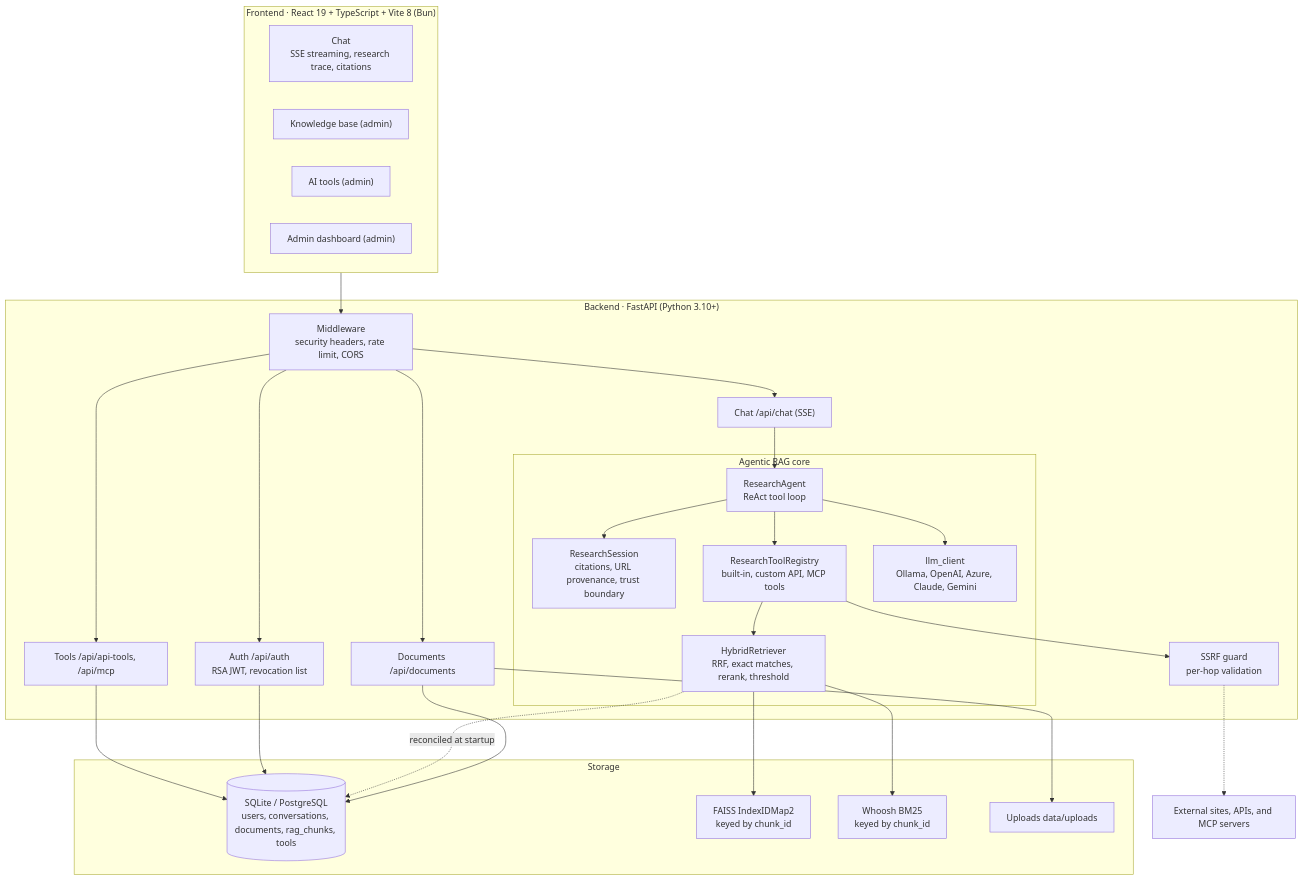
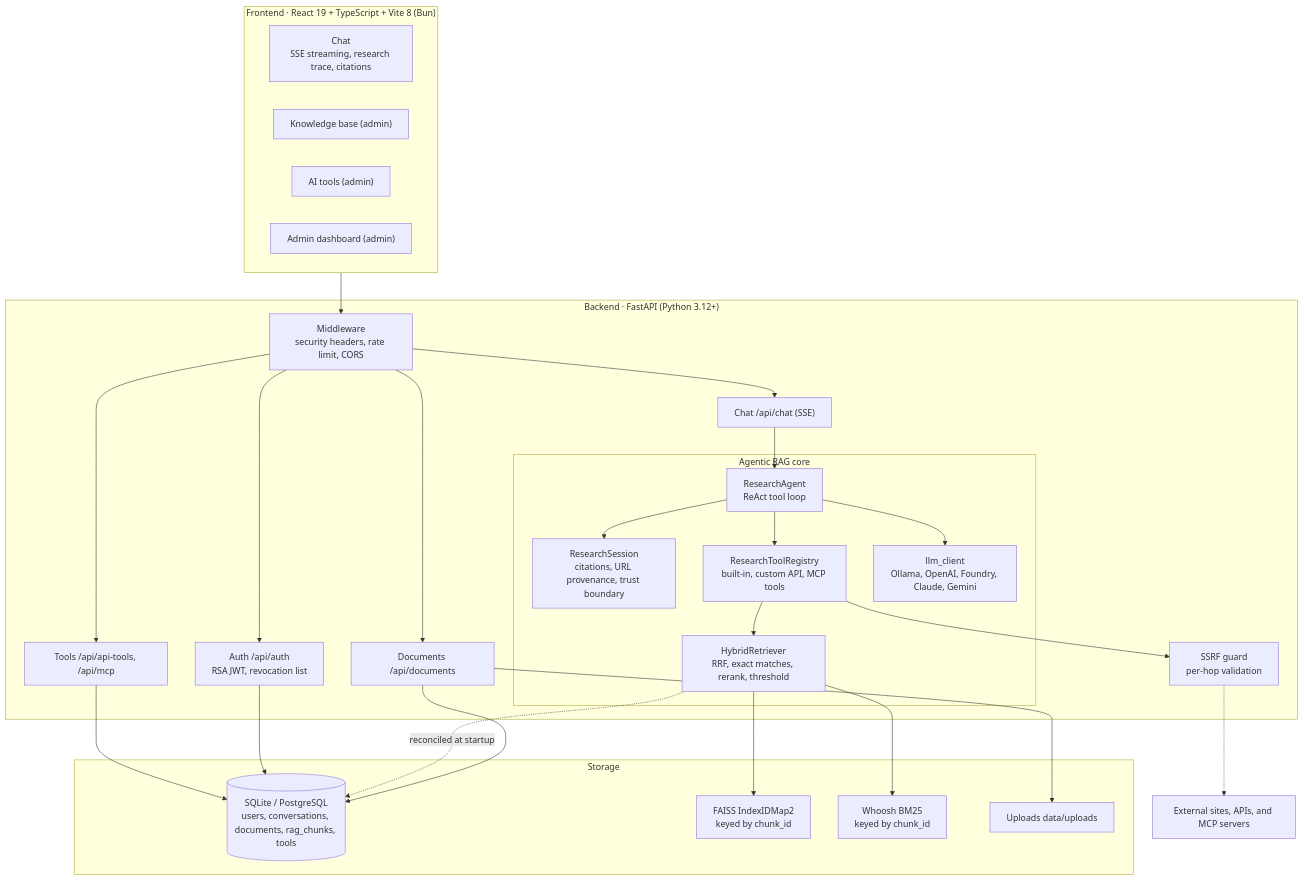
The second of 3 diagrams in README_en.md (Scorpio-meow/AskMiao), drawn with Mermaid before and after one commit. The commit also changed other lines of this file and 36 other files, not shown here.

````diff
--- a/README_en.md
+++ b/README_en.md
@@ -279,50 +279,50 @@
 ```mermaid
 flowchart TB
     subgraph Client ["Frontend · React 19 + TypeScript + Vite 8 (Bun)"]
         ChatUI["Chat<br/>SSE streaming, research trace, citations"]
         DocsUI["Knowledge base (admin)"]
         ToolsUI["AI tools (admin)"]
         AdminUI["Admin dashboard (admin)"]
     end
 
-    subgraph Backend ["Backend · FastAPI (Python 3.10+)"]
+    subgraph Backend ["Backend · FastAPI (Python 3.12+)"]
         MW["Middleware<br/>security headers, rate limit, CORS"]
         Auth["Auth /api/auth<br/>RSA JWT, revocation list"]
         ChatAPI["Chat /api/chat (SSE)"]
         DocAPI["Documents /api/documents"]
         ToolAPI["Tools /api/api-tools, /api/mcp"]
 
         subgraph Core ["Agentic RAG core"]
             Agent["ResearchAgent<br/>ReAct tool loop"]
             Session["ResearchSession<br/>citations, URL provenance, trust boundary"]
             Registry["ResearchToolRegistry<br/>built-in, custom API, MCP tools"]
             Retriever["HybridRetriever<br/>RRF, exact matches, rerank, threshold"]
-            LLM["llm_client<br/>Ollama, OpenAI, Azure, Claude, Gemini"]
+            LLM["llm_client<br/>Ollama, OpenAI, Foundry, Claude, Gemini"]
         end
 
         SSRF["SSRF guard<br/>per-hop validation"]
     end
 
     subgraph Storage ["Storage"]
         DB[("SQLite / PostgreSQL<br/>users, conversations, documents, rag_chunks, tools")]
         FAISS["FAISS IndexIDMap2<br/>keyed by chunk_id"]
         BM25["Whoosh BM25<br/>keyed by chunk_id"]
         Files["Uploads data/uploads"]
     end
 
     Client --> MW
     MW --> Auth & ChatAPI & DocAPI & ToolAPI
     ChatAPI --> Agent
     Agent --> Session
     Agent --> Registry
     Agent --> LLM
     Registry --> Retriever
     Registry --> SSRF
     SSRF -.-> Ext["External sites, APIs, and MCP servers"]
     Retriever --> FAISS & BM25
     DocAPI --> Files
     DocAPI --> DB
     Retriever -.->|reconciled at startup| DB
     Auth --> DB
     ToolAPI --> DB
 ```
````
